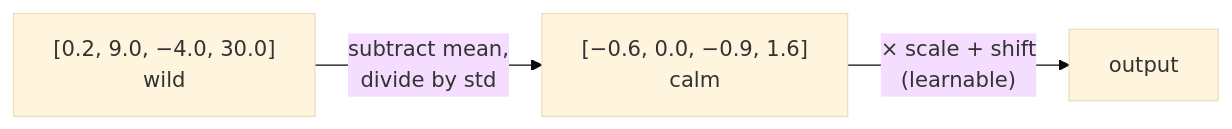
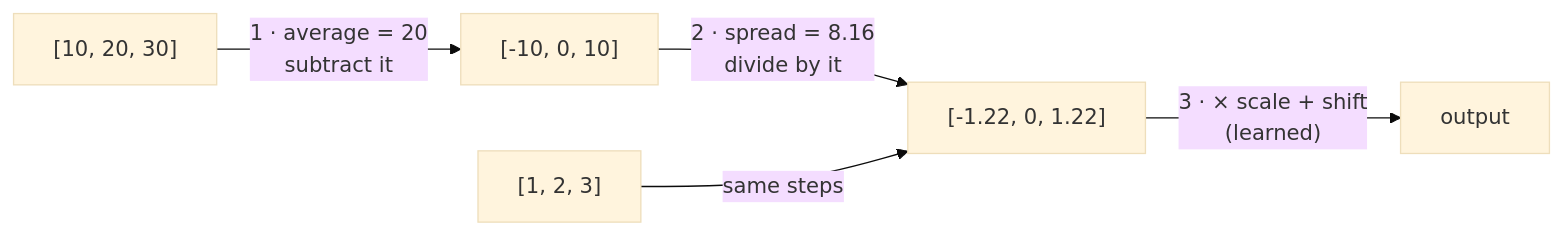
One commit to Ranjeet0611/tinygpt changed the third of 15 diagrams in docs/05-gpt-model.md. Above: the diagram before and after it, drawn with Mermaid (base theme). The commit also changed other lines of this file and 9 other files, not shown here.

````diff
--- a/docs/05-gpt-model.md
+++ b/docs/05-gpt-model.md
@@ -67,5 +55,7 @@
 ```mermaid
 flowchart LR
-    A["[0.2, 9.0, −4.0, 30.0]<br/>wild"] -->|"subtract mean,<br/>divide by std"| B["[−0.6, 0.0, −0.9, 1.6]<br/>calm"]
-    B -->|"× scale + shift<br/>(learnable)"| C["output"]
+    A["[10, 20, 30]"] -->|"1 · average = 20<br/>subtract it"| B["[-10, 0, 10]"]
+    B -->|"2 · spread = 8.16<br/>divide by it"| C["[-1.22, 0, 1.22]"]
+    C -->|"3 · × scale + shift<br/>(learned)"| D["output"]
+    A2["[1, 2, 3]"] -->|"same steps"| C
 ```
````
